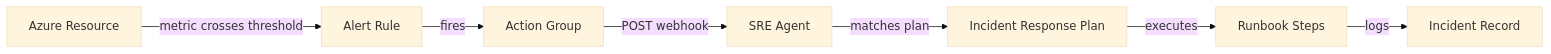
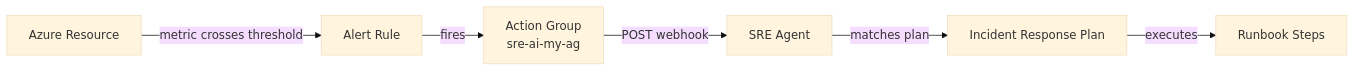
The first of 3 diagrams in README.md (csdmichael/SalesPOC.SRE), drawn with Mermaid (base theme) before and after one commit. The commit also changed other lines of this file, not shown here.

````diff
--- a/README.md
+++ b/README.md
@@ -67,9 +100,8 @@
 ```mermaid
 flowchart LR
     R[Azure Resource] -->|metric crosses threshold| AR[Alert Rule]
-    AR -->|fires| AG[Action Group]
+    AR -->|fires| AG[Action Group<br/>sre-ai-my-ag]
     AG -->|POST webhook| SRE[SRE Agent]
     SRE -->|matches plan| IRP[Incident Response Plan]
     IRP -->|executes| RB[Runbook Steps]
-    RB -->|logs| INC[Incident Record]
 ```
````
